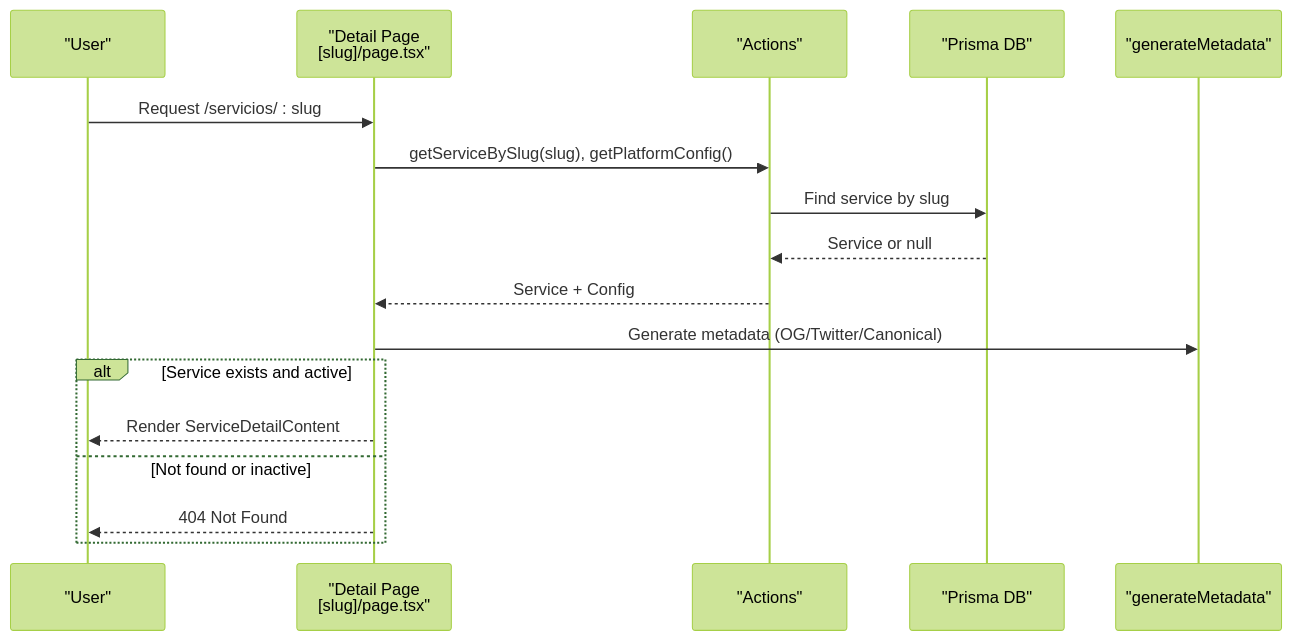
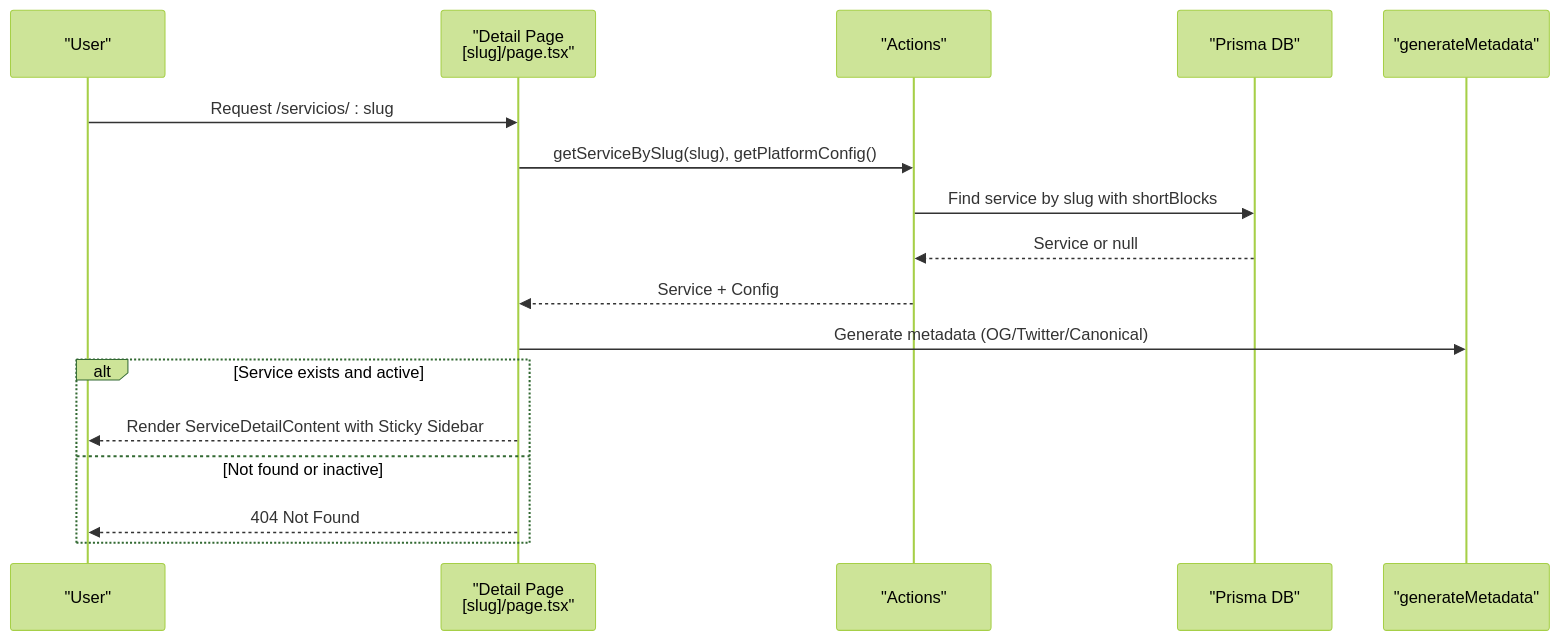
The fourth of 13 diagrams in .qoder/repowiki/en/content/Core Features Implementation/Public Website Features/Services Catalog System.md (xLegarda/GreenAxis), drawn with Mermaid (forest theme) before and after one commit. The commit also changed other lines of this file and 42 other files, not shown here.

````diff
--- a/.qoder/repowiki/en/content/Core Features Implementation/Public Website Features/Services Catalog System.md
+++ b/.qoder/repowiki/en/content/Core Features Implementation/Public Website Features/Services Catalog System.md
@@ -223,19 +236,19 @@
 ```mermaid
 sequenceDiagram
 participant U as "User"
 participant DP as "Detail Page<br/>[slug]/page.tsx"
 participant AC as "Actions"
 participant DB as "Prisma DB"
 participant SEO as "generateMetadata"
 U->>DP : Request /servicios/ : slug
 DP->>AC : getServiceBySlug(slug), getPlatformConfig()
-AC->>DB : Find service by slug
+AC->>DB : Find service by slug with shortBlocks
 DB-->>AC : Service or null
 AC-->>DP : Service + Config
 DP->>SEO : Generate metadata (OG/Twitter/Canonical)
 alt Service exists and active
-DP-->>U : Render ServiceDetailContent
+DP-->>U : Render ServiceDetailContent with Sticky Sidebar
 else Not found or inactive
 DP-->>U : 404 Not Found
 end
 ```
````
